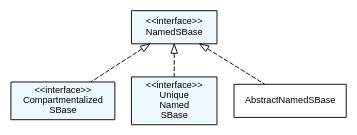
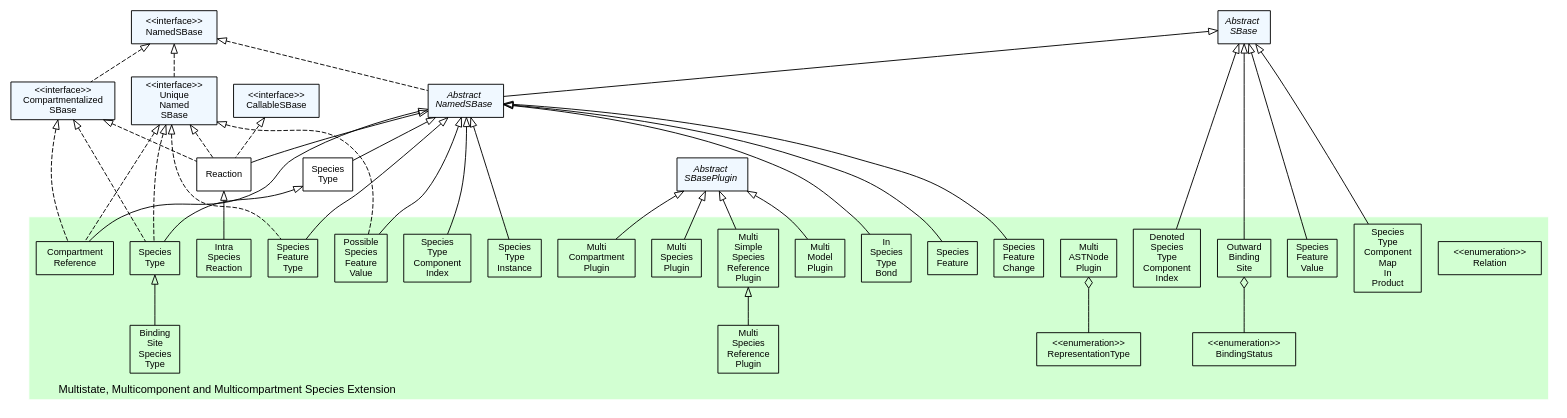
The diagram in extensions/multi/doc/img/type_hierarchy.dot (sbmlteam/jsbml), drawn with Graphviz before and after one commit. The commit also changed other lines of this file and 28 other files, not shown here.

Commit message:
Improved and corrected several type hierarchy graphs and also fixed a few compile warnings in the multi package. The type hierarchy graph for multi has also been created now.

```diff
--- a/extensions/multi/doc/img/type_hierarchy.dot
+++ b/extensions/multi/doc/img/type_hierarchy.dot
@@ -1,44 +1,140 @@
 #!/usr/local/bin/dot
 #
 # dot -Tpdf type_hierarchy.dot -otype_hierarchy.pdf && acroread type_hierarchy.pdf &
 # dot -Tpng type_hierarchy.dot -otype_hierarchy.png
 #
 # $Id$
 # $URL$
 # $Rev$
 
 strict digraph G{
 
 	nodesep=0.25;
 	ranksep=0.5;
 
 	edge [
 	  fontname="Helvetica",
 	  fontsize=10,
 	  labelfontname="Helvetica",
 	  labelfontsize=10
 	];
 	node [
 	  fontname="Helvetica",
 	  fontsize=10,
 	  shape=box
 	];
 	
-   /*
-    * Interfaces
-    */
-   CompartmentalizedSBase                 [label="<<interface>>\nCompartmentalized\nSBase", style="filled", fillcolor="#F0F8FF"];
-   NamedSBase                             [label="<<interface>>\nNamedSBase", style="filled", fillcolor="#F0F8FF"];
-   UniqueNamedSBase                       [label="<<interface>>\nUnique\nNamed\nSBase", style="filled", fillcolor="#F0F8FF"];
-	
+  /*
+   * Interfaces
+   */
+  CallableSBase                 [label="<<interface>>\nCallableSBase", style="filled", fillcolor="#F0F8FF"];
+  CompartmentalizedSBase        [label="<<interface>>\nCompartmentalized\nSBase", style="filled", fillcolor="#F0F8FF"];
+  NamedSBase                    [label="<<interface>>\nNamedSBase", style="filled", fillcolor="#F0F8FF"];
+  UniqueNamedSBase              [label="<<interface>>\nUnique\nNamed\nSBase", style="filled", fillcolor="#F0F8FF"];
 
+  /*
+   * Abstract data types
+   */
+  AbstractSBase                 [label=<<font><I>Abstract<br/>SBase</I></font>>, style="filled", fillcolor="#F0F8FF"];
+  AbstractSBasePlugin           [label=<<font><I>Abstract<br/>SBasePlugin</I></font>>, style="filled", fillcolor="#F0F8FF"];
+  AbstractNamedSBase            [label=<<font><I>Abstract<br/>NamedSBase</I></font>>, style="filled", fillcolor="#F0F8FF"];
+
+  /*
+   * Objects
+   */
+  SpeciesTypeCore          [label="Species\nType"];
+  Reaction                 [label="Reaction"];
+
+  subgraph clusterMulti {
+    fontname="Helvetica";
+    fontsize=12;
+    style="filled";
+    fillcolor="#d2ffd2"
+    color="#ffffff"
+    label="Multistate, Multicomponent and Multicompartment Species Extension";
+    labelloc=b;
+    labeljust=l;
+
+    // Enums
+    BindingStatus                     [label="<<enumeration>>\nBindingStatus"];
+    Relation                          [label="<<enumeration>>\nRelation"];
+    RepresentationType                [label="<<enumeration>>\nRepresentationType"];
+
+    // Interfaces
+    // Abstract data types
+    // Objects
+    BindingSiteSpeciesType            [label="Binding\nSite\nSpecies\nType"];
+    CompartmentReference              [label="Compartment\nReference"];
+    DenotedSpeciesTypeComponentIndex  [label="Denoted\nSpecies\nType\nComponent\nIndex"];
+    InSpeciesTypeBond                 [label="In\nSpecies\nType\nBond"];
+    IntraSpeciesReaction              [label="Intra\nSpecies\nReaction"];
+    MultiASTNodePlugin                [label="Multi\nASTNode\nPlugin"];
+    MultiCompartmentPlugin            [label="Multi\nCompartment\nPlugin"];
+    MultiModelPlugin                  [label="Multi\nModel\nPlugin"];
+    MultiSimpleSpeciesReferencePlugin [label="Multi\nSimple\nSpecies\nReference\nPlugin"];
+    MultiSpeciesPlugin                [label="Multi\nSpecies\nPlugin"];
+    MultiSpeciesReferencePlugin       [label="Multi\nSpecies\nReference\nPlugin"];
+    OutwardBindingSite                [label="Outward\nBinding\nSite"];
+    PossibleSpeciesFeatureValue       [label="Possible\nSpecies\nFeature\nValue"];
+    SpeciesFeature                    [label="Species\nFeature"];
+    SpeciesFeatureChange              [label="Species\nFeature\nChange"];
+    SpeciesFeatureType                [label="Species\nFeature\nType"];
+    SpeciesFeatureValue               [label="Species\nFeature\nValue"];
+    SpeciesType                       [label="Species\nType"];
+    SpeciesTypeComponentIndex         [label="Species\nType\nComponent\nIndex"];
+    SpeciesTypeComponentMapInProduct  [label="Species\nType\nComponent\nMap\nIn\nProduct"];
+    SpeciesTypeInstance               [label="Species\nType\nInstance"];
+  }
    
    /*********************
     * Inheritance graph *
     *********************/
 
-   NamedSBase             -> AbstractNamedSBase        [dir=back,arrowtail=empty,style=dashed];
-   NamedSBase             -> CompartmentalizedSBase    [dir=back,arrowtail=empty,style=dashed];
-   NamedSBase             -> UniqueNamedSBase          [dir=back,arrowtail=empty,style=dashed];
-   
+   AbstractSBase                     -> AbstractNamedSBase                [dir=back,arrowtail=empty];
+   AbstractSBase                     -> DenotedSpeciesTypeComponentIndex  [dir=back,arrowtail=empty];
+   AbstractSBase                     -> OutwardBindingSite                [dir=back,arrowtail=empty];
+   AbstractSBase                     -> SpeciesTypeComponentMapInProduct  [dir=back,arrowtail=empty];
+   AbstractSBase                     -> SpeciesFeatureValue               [dir=back,arrowtail=empty];
+
+   AbstractSBasePlugin               -> MultiCompartmentPlugin            [dir=back,arrowtail=empty];
+   AbstractSBasePlugin               -> MultiModelPlugin                  [dir=back,arrowtail=empty];
+   AbstractSBasePlugin               -> MultiSpeciesPlugin                [dir=back,arrowtail=empty];
+   AbstractSBasePlugin               -> MultiSimpleSpeciesReferencePlugin [dir=back,arrowtail=empty];
+ 
+   AbstractNamedSBase                -> CompartmentReference              [dir=back,arrowtail=empty]; 
+   AbstractNamedSBase                -> InSpeciesTypeBond                 [dir=back,arrowtail=empty];
+   AbstractNamedSBase                -> PossibleSpeciesFeatureValue       [dir=back,arrowtail=empty];
+   AbstractNamedSBase                -> Reaction                          [dir=back,arrowtail=empty];
+   AbstractNamedSBase                -> SpeciesFeature                    [dir=back,arrowtail=empty];
+   AbstractNamedSBase                -> SpeciesFeatureChange              [dir=back,arrowtail=empty];
+   AbstractNamedSBase                -> SpeciesFeatureType                [dir=back,arrowtail=empty];
+   AbstractNamedSBase                -> SpeciesTypeComponentIndex         [dir=back,arrowtail=empty];
+   AbstractNamedSBase                -> SpeciesTypeCore                   [dir=back,arrowtail=empty];
+   AbstractNamedSBase                -> SpeciesTypeInstance               [dir=back,arrowtail=empty];
+
+   CallableSBase                     -> Reaction                          [dir=back,arrowtail=empty,style=dashed];
+
+   CompartmentalizedSBase            -> CompartmentReference              [dir=back,arrowtail=empty,style=dashed];
+   CompartmentalizedSBase            -> SpeciesType                       [dir=back,arrowtail=empty,style=dashed];
+   CompartmentalizedSBase            -> Reaction                          [dir=back,arrowtail=empty,style=dashed];
+
+   MultiASTNodePlugin                -> RepresentationType                [dir=back,arrowtail=odiamond];
+   MultiSimpleSpeciesReferencePlugin -> MultiSpeciesReferencePlugin       [dir=back,arrowtail=empty];
+
+   NamedSBase                        -> AbstractNamedSBase                [dir=back,arrowtail=empty,style=dashed];
+   NamedSBase                        -> CompartmentalizedSBase            [dir=back,arrowtail=empty,style=dashed];
+   NamedSBase                        -> UniqueNamedSBase                  [dir=back,arrowtail=empty,style=dashed];
+
+   OutwardBindingSite                -> BindingStatus                     [dir=back,arrowtail=odiamond];
+
+   Reaction                          -> IntraSpeciesReaction              [dir=back,arrowtail=empty];
+
+   SpeciesType                       -> BindingSiteSpeciesType            [dir=back,arrowtail=empty];
+   SpeciesTypeCore                   -> SpeciesType                       [dir=back,arrowtail=empty];
+  
+   UniqueNamedSBase                  -> CompartmentReference              [dir=back,arrowtail=empty,style=dashed];
+   UniqueNamedSBase                  -> PossibleSpeciesFeatureValue       [dir=back,arrowtail=empty,style=dashed];
+   UniqueNamedSBase                  -> Reaction                          [dir=back,arrowtail=empty,style=dashed];
+   UniqueNamedSBase                  -> SpeciesFeatureType                [dir=back,arrowtail=empty,style=dashed];
+   UniqueNamedSBase                  -> SpeciesType                       [dir=back,arrowtail=empty,style=dashed]; 
 }
```
